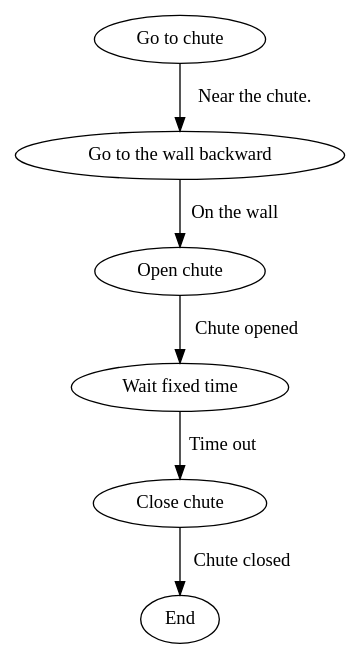
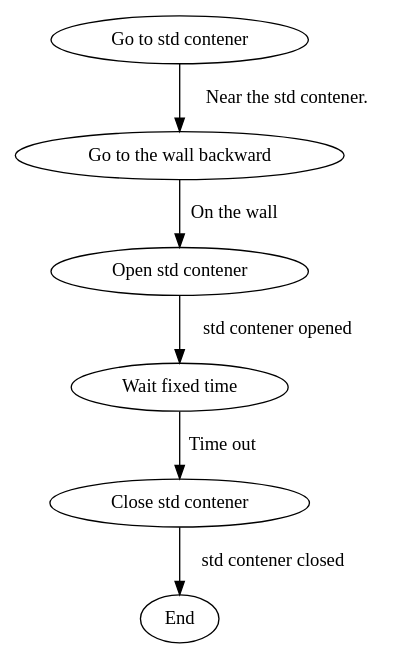
Before and after one commit to oliv5/apbteam: the diagram in digital/io/doc/chuteFsm.dot, drawn with Graphviz. The commit also changed 3 other files, not shown here.

```diff
--- a/digital/io/doc/chuteFsm.dot
+++ b/digital/io/doc/chuteFsm.dot
@@ -1,9 +1,9 @@
 /* IO.avr module. Chute Final State Machine */
-digraph chuteFsm 
+digraph StdContenerFsm 
 {
-	"Go to chute" -> "Go to the wall backward" [label = "Near the chute."];
-	"Go to the wall backward" -> "Open chute" [label = "On the wall"];
-	"Open chute" -> "Wait fixed time" [label = "Chute opened"];
-	"Wait fixed time" -> "Close chute" [label = "Time out"];
-	"Close chute" -> End [label = "Chute closed"];
+	"Go to std contener" -> "Go to the wall backward" [label = "Near the std contener."];
+	"Go to the wall backward" -> "Open std contener" [label = "On the wall"];
+	"Open std contener" -> "Wait fixed time" [label = "std contener opened"];
+	"Wait fixed time" -> "Close std contener" [label = "Time out"];
+	"Close std contener" -> End [label = "std contener closed"];
 }
```
